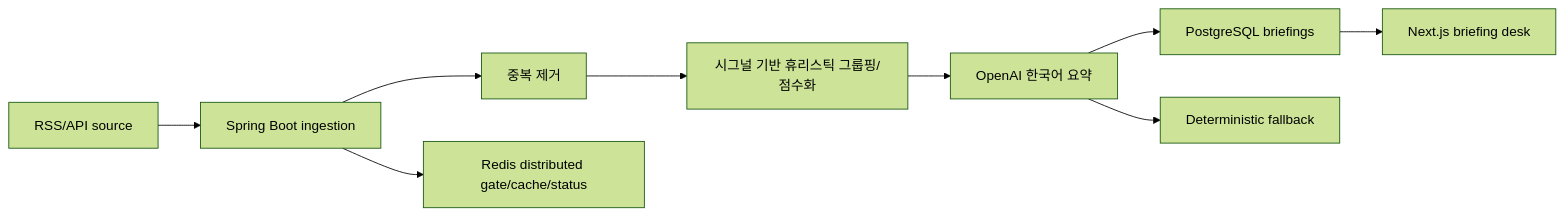
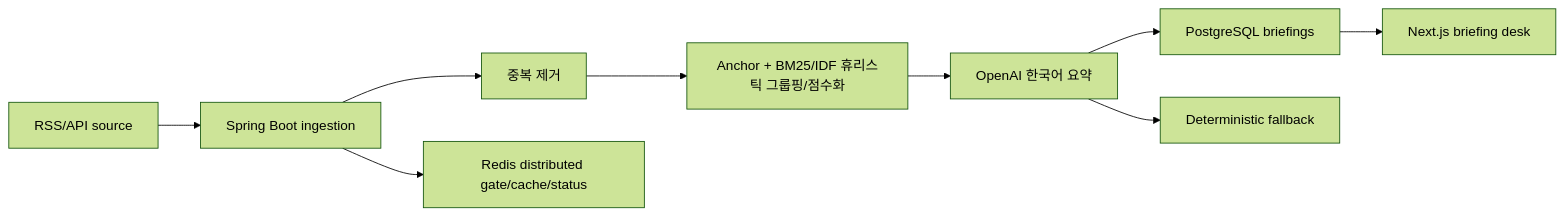
Before and after one commit to jinhyuk9714/devbrief: the diagram in README.md, drawn with Mermaid (forest theme). The commit also changed other lines of this file and 9 other files, not shown here.

````diff
--- a/README.md
+++ b/README.md
@@ -30,11 +30,11 @@
 ```mermaid
 flowchart LR
   A["RSS/API source"] --> B["Spring Boot ingestion"]
   B --> C["중복 제거"]
-  C --> D["시그널 기반 휴리스틱 그룹핑/점수화"]
+  C --> D["Anchor + BM25/IDF 휴리스틱 그룹핑/점수화"]
   D --> E["OpenAI 한국어 요약"]
   E --> F["PostgreSQL briefings"]
   F --> G["Next.js briefing desk"]
   B --> H["Redis distributed gate/cache/status"]
   E --> I["Deterministic fallback"]
 ```
````
